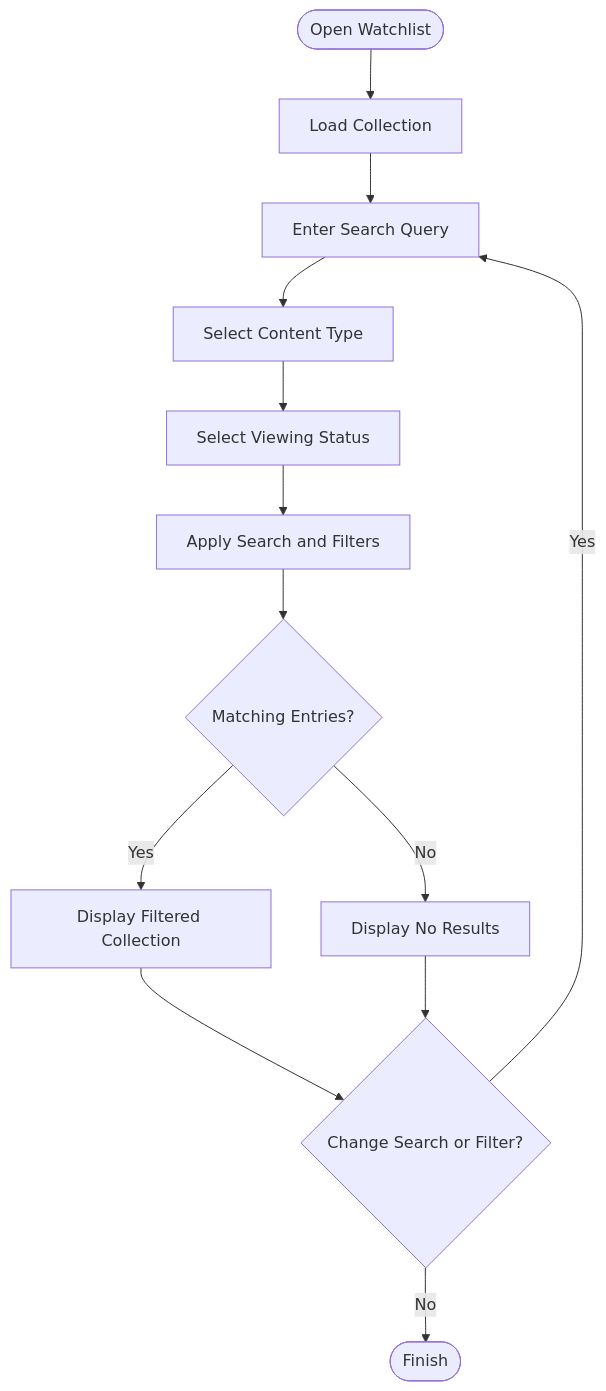
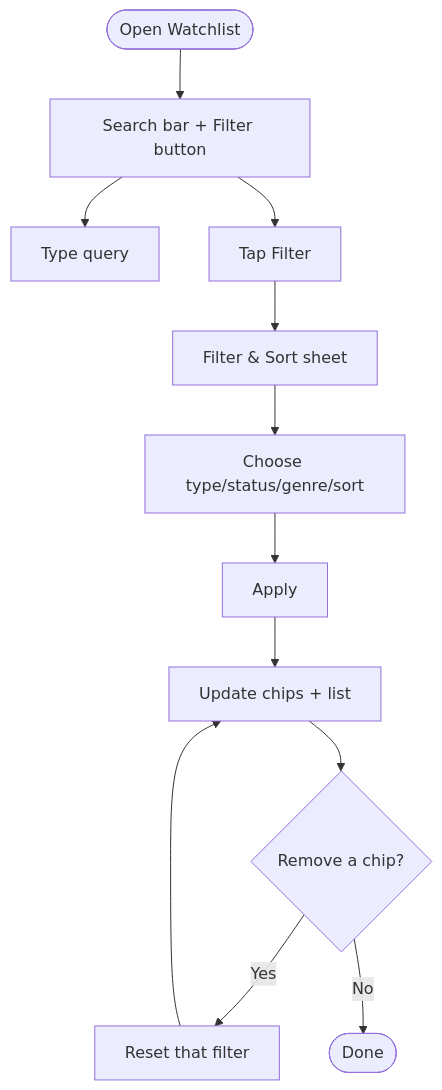
Before and after one commit to Aldo-Kristian/CineTrack: the fourth of 7 diagrams in docs/05-user-flow.md, drawn with Mermaid. The commit also changed other lines of this file and 17 other files, not shown here.

````diff
--- a/docs/05-user-flow.md
+++ b/docs/05-user-flow.md
@@ -90,15 +119,14 @@
 ```mermaid
 flowchart TD
-    A([Open Watchlist]) --> B[Load Collection]
-    B --> C[Enter Search Query]
-    C --> D[Select Content Type]
-    D --> E[Select Viewing Status]
-    E --> F[Apply Search and Filters]
-    F --> G{Matching Entries?}
-    G -->|Yes| H[Display Filtered Collection]
-    G -->|No| I[Display No Results]
-    H --> J{Change Search or Filter?}
-    I --> J
-    J -->|Yes| C
-    J -->|No| K([Finish])
+    A([Open Watchlist]) --> B[Search bar + Filter button]
+    B --> C[Type query]
+    B --> D[Tap Filter]
+    D --> E[Filter & Sort sheet]
+    E --> F[Choose type/status/genre/sort]
+    F --> G[Apply]
+    G --> H[Update chips + list]
+    H --> I{Remove a chip?}
+    I -->|Yes| J[Reset that filter]
+    J --> H
+    I -->|No| K([Done])
 ```
````
